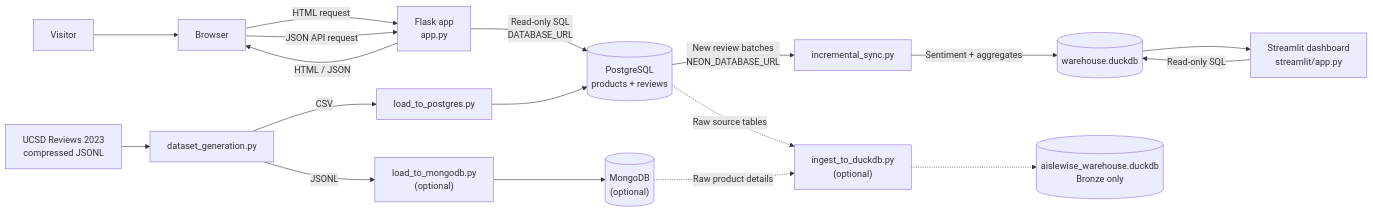
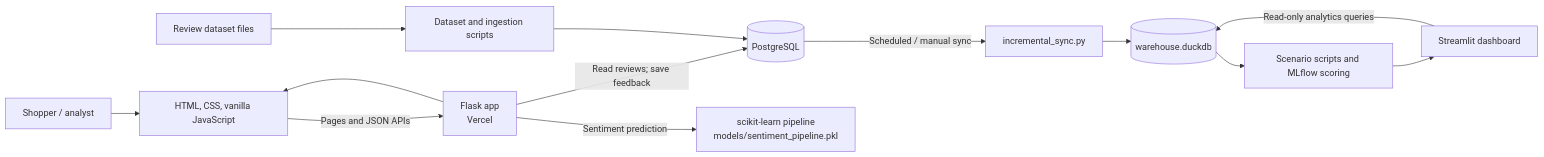
The diagram in README.md (poruri-santhosh/Aislewise-2), drawn with Mermaid before and after one commit. The commit also changed other lines of this file, not shown here.

Commit message:
feat: setup deployment guards, modular folders, and streamlit cloud config

````diff
--- a/README.md
+++ b/README.md
@@ -53,22 +45,17 @@
 ```mermaid
 flowchart LR
-    visitor["Visitor"] --> browser["Browser"]
-    browser -->|HTML request| flask["Flask app<br/>app.py"]
-    browser -->|JSON API request| flask
-    flask -->|Read-only SQL<br/>DATABASE_URL| postgres[("PostgreSQL<br/>products + reviews")]
-    flask -->|HTML / JSON| browser
+    shopper["Shopper / analyst"] --> browser["HTML, CSS, vanilla JavaScript"]
+    browser -->|"Pages and JSON APIs"| flask["Flask app<br/>Vercel"]
+    flask -->|"Read reviews; save feedback"| pg[("PostgreSQL")]
+    flask -->|"Sentiment prediction"| model["scikit-learn pipeline<br/>models/sentiment_pipeline.pkl"]
+    flask --> browser
 
-    postgres -->|New review batches<br/>NEON_DATABASE_URL| sync["incremental_sync.py"]
-    sync -->|Sentiment + aggregates| analytics[("warehouse.duckdb")]
-    analytics --> dashboard["Streamlit dashboard<br/>streamlit/app.py"]
-    dashboard -->|Read-only SQL| analytics
+    pg -->|"Scheduled / manual sync"| sync["incremental_sync.py"]
+    sync --> warehouse[("warehouse.duckdb")]
+    warehouse --> analysis["Scenario scripts and MLflow scoring"]
+    analysis --> dashboard["Streamlit dashboard"]
+    dashboard -->|"Read-only analytics queries"| warehouse
 
-    source["UCSD Reviews 2023<br/>compressed JSONL"] --> generator["dataset_generation.py"]
-    generator -->|CSV| pgload["load_to_postgres.py"]
-    pgload --> postgres
-    generator -->|JSONL| mongoload["load_to_mongodb.py<br/>(optional)"]
-    mongoload --> mongo[("MongoDB<br/>(optional)")]
-    postgres -.->|Raw source tables| bronze["ingest_to_duckdb.py<br/>(optional)"]
-    mongo -.->|Raw product details| bronze
-    bronze -.-> rawwarehouse[("aislewise_warehouse.duckdb<br/>Bronze only")]
+    source["Review dataset files"] --> ingestion["Dataset and ingestion scripts"]
+    ingestion --> pg
 ```
````
